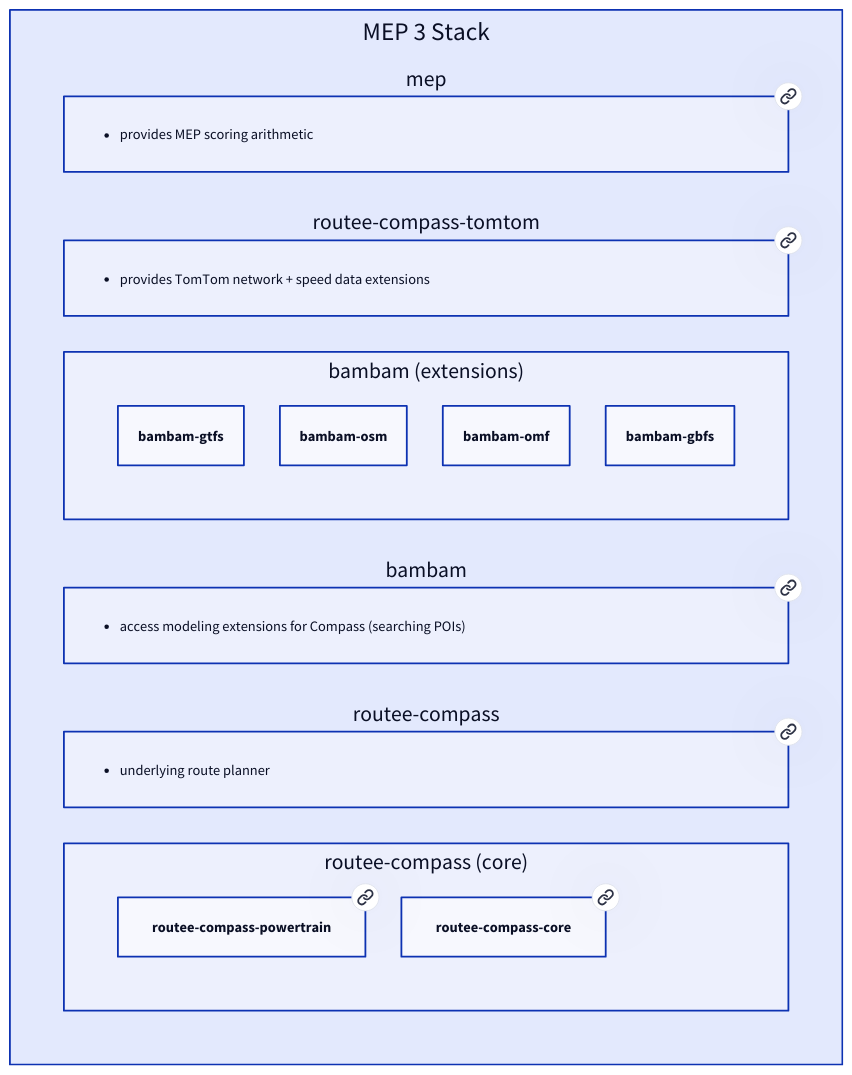
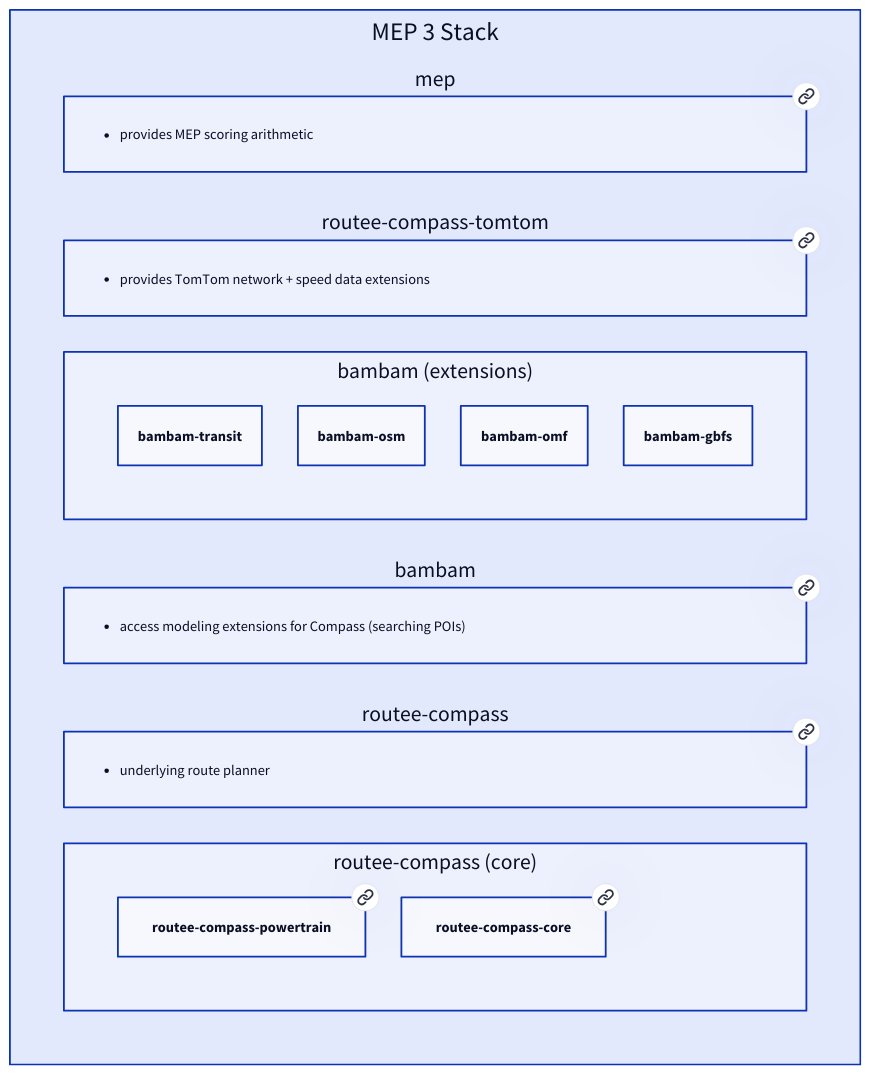
The diagram in doc/arch/mep_stack.d2 (NatLabRockies/bambam), drawn with D2 before and after one commit. The commit also changed 22 other files, not shown here.

Commit message:
move existing bambam-gtfs crate to bambam-transit

```diff
--- a/doc/arch/mep_stack.d2
+++ b/doc/arch/mep_stack.d2
@@ -1,55 +1,55 @@
 
 arch-stack: {
     label: MEP 3 Stack
     direction: down
     grid-rows: 6
 
     mep: {
         contents: |md
             - provides MEP scoring arithmetic
         |
         link: https://github.nlr.gov/BAM/mep
     }
 
     routee-compass-tomtom: {
         contents: |md
             - provides TomTom network + speed data extensions
         |
         link: https://github.nlr.gov/MBAP/routee-compass-tomtom
     }    
 
     bambam-extensions: {
         label: "bambam (extensions)"
         grid-columns: 4
-        bambam-gtfs
+        bambam-transit
         bambam-osm
         bambam-omf
         bambam-gbfs: { style.bold: true }
     }
 
     bambam: {
         contents: |md
             - access modeling extensions for Compass (searching POIs)
         |
         link: https://crates.io/crates/bambam
     }
 
     routee-compass: {
         contents: |md
             - underlying route planner
         |
         link: https://crates.io/crates/routee-compass
     }
     rc-core: {
         label: "routee-compass (core)"
         grid-columns: 2
         routee-compass-powertrain: {
             link: https://crates.io/crates/routee-compass-powertrain
         }
         routee-compass-core: {
             link: https://crates.io/crates/routee-compass-core
         }
     }
 
     # mep -- routee-compass-tomtom -- bambam-extensions -- bambam -- routee-compass -- rc-core: { style.opacity: 0 }
 }
```
